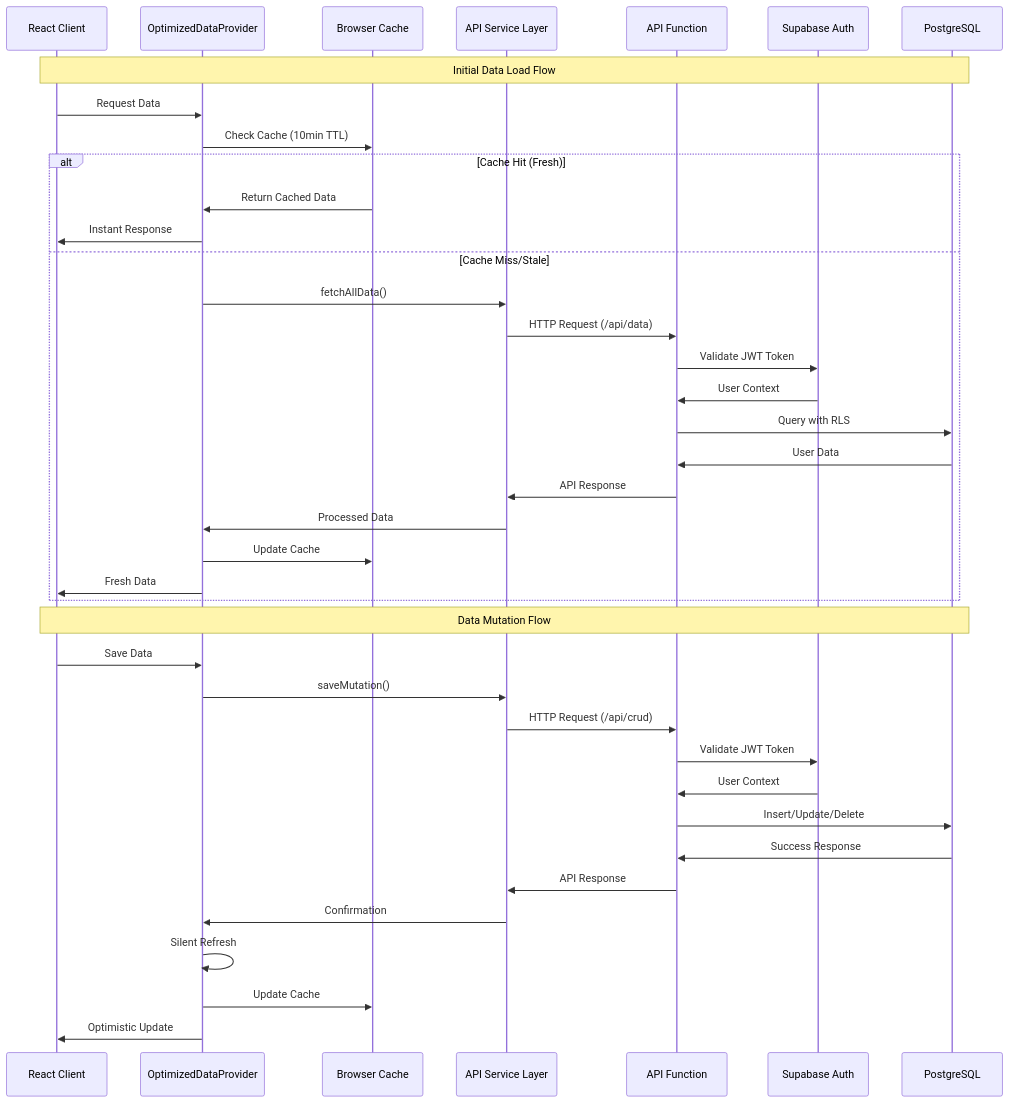
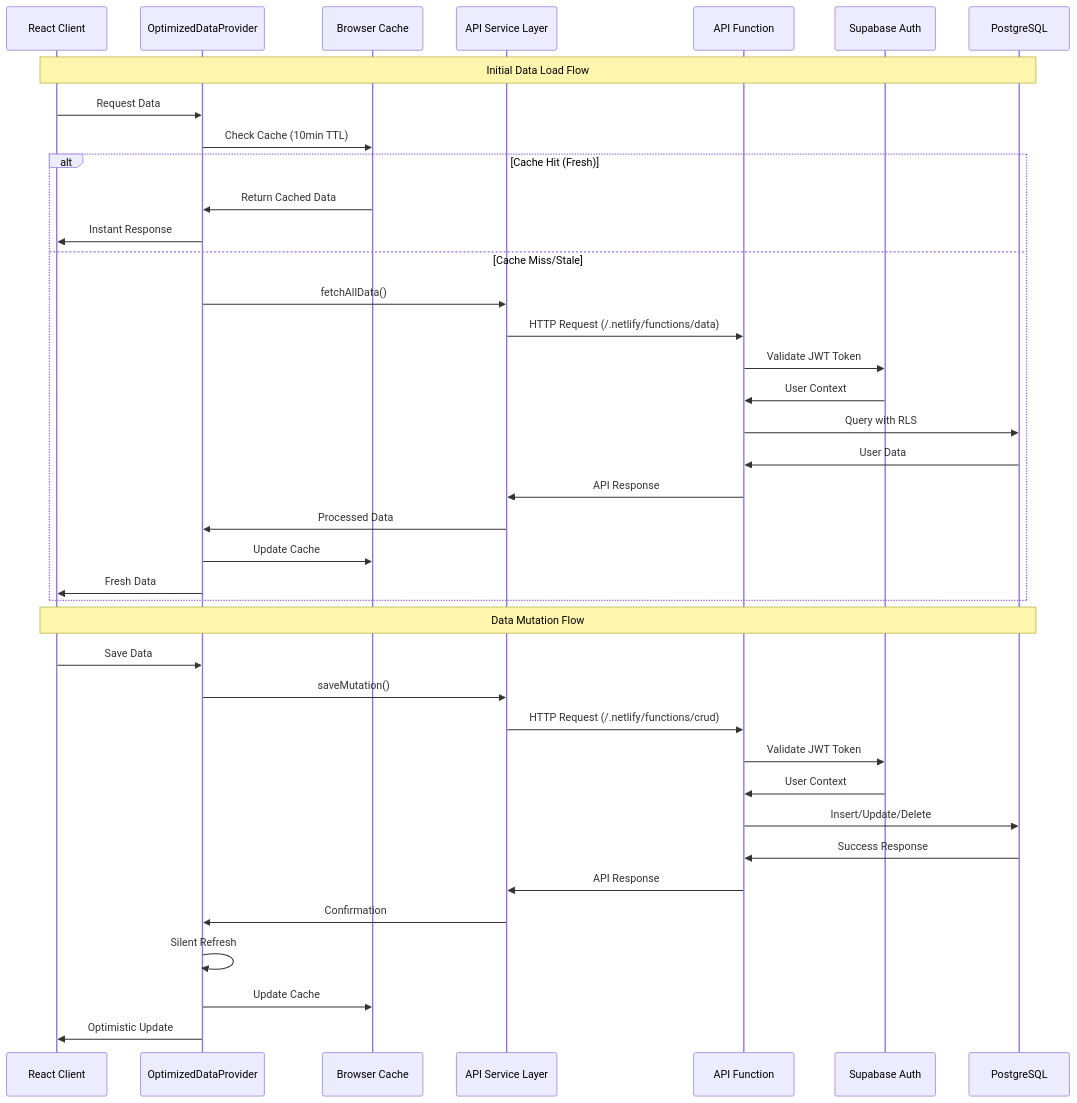
The fourth of 9 diagrams in docs/architecture/system-integration-architecture.md (alex-pcode/chicken-farm-management), drawn with Mermaid before and after one commit. The commit also changed other lines of this file and 10 other files, not shown here.

First line of the commit message:
docs: update architecture documentation for Netlify migration

````diff
--- a/docs/architecture/system-integration-architecture.md
+++ b/docs/architecture/system-integration-architecture.md
@@ -207,46 +208,46 @@
 ```mermaid
 sequenceDiagram
     participant Client as React Client
     participant DataProvider as OptimizedDataProvider
     participant Cache as Browser Cache
     participant APIService as API Service Layer
     participant APIFunction as API Function
     participant Auth as Supabase Auth
     participant Database as PostgreSQL
 
     Note over Client, Database: Initial Data Load Flow
 
     Client->>DataProvider: Request Data
     DataProvider->>Cache: Check Cache (10min TTL)
     
     alt Cache Hit (Fresh)
         Cache->>DataProvider: Return Cached Data
         DataProvider->>Client: Instant Response
     else Cache Miss/Stale
         DataProvider->>APIService: fetchAllData()
-        APIService->>APIFunction: HTTP Request (/api/data)
+        APIService->>APIFunction: HTTP Request (/.netlify/functions/data)
         APIFunction->>Auth: Validate JWT Token
         Auth->>APIFunction: User Context
         APIFunction->>Database: Query with RLS
         Database->>APIFunction: User Data
         APIFunction->>APIService: API Response
         APIService->>DataProvider: Processed Data
         DataProvider->>Cache: Update Cache
         DataProvider->>Client: Fresh Data
     end
 
     Note over Client, Database: Data Mutation Flow
 
     Client->>DataProvider: Save Data
     DataProvider->>APIService: saveMutation()
-    APIService->>APIFunction: HTTP Request (/api/crud)
+    APIService->>APIFunction: HTTP Request (/.netlify/functions/crud)
     APIFunction->>Auth: Validate JWT Token
     Auth->>APIFunction: User Context
     APIFunction->>Database: Insert/Update/Delete
     Database->>APIFunction: Success Response
     APIFunction->>APIService: API Response
     APIService->>DataProvider: Confirmation
     DataProvider->>DataProvider: Silent Refresh
     DataProvider->>Cache: Update Cache
     DataProvider->>Client: Optimistic Update
 ```
````
